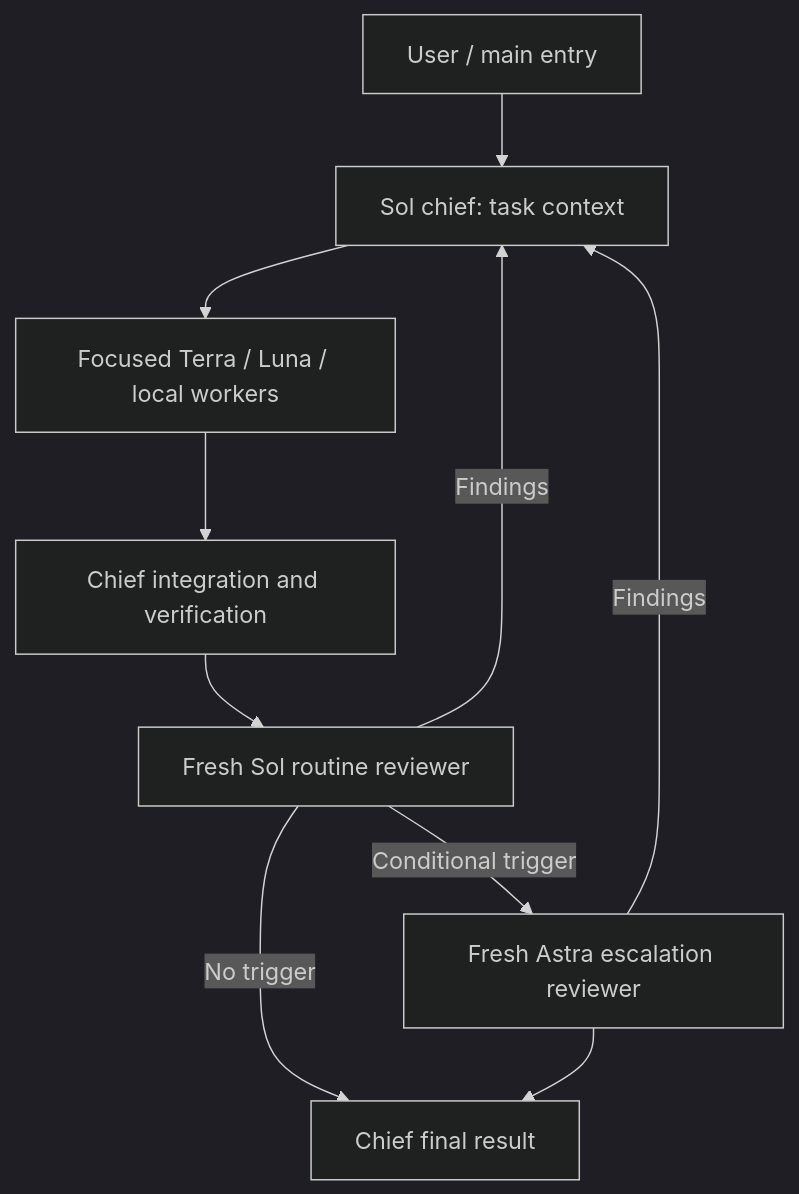
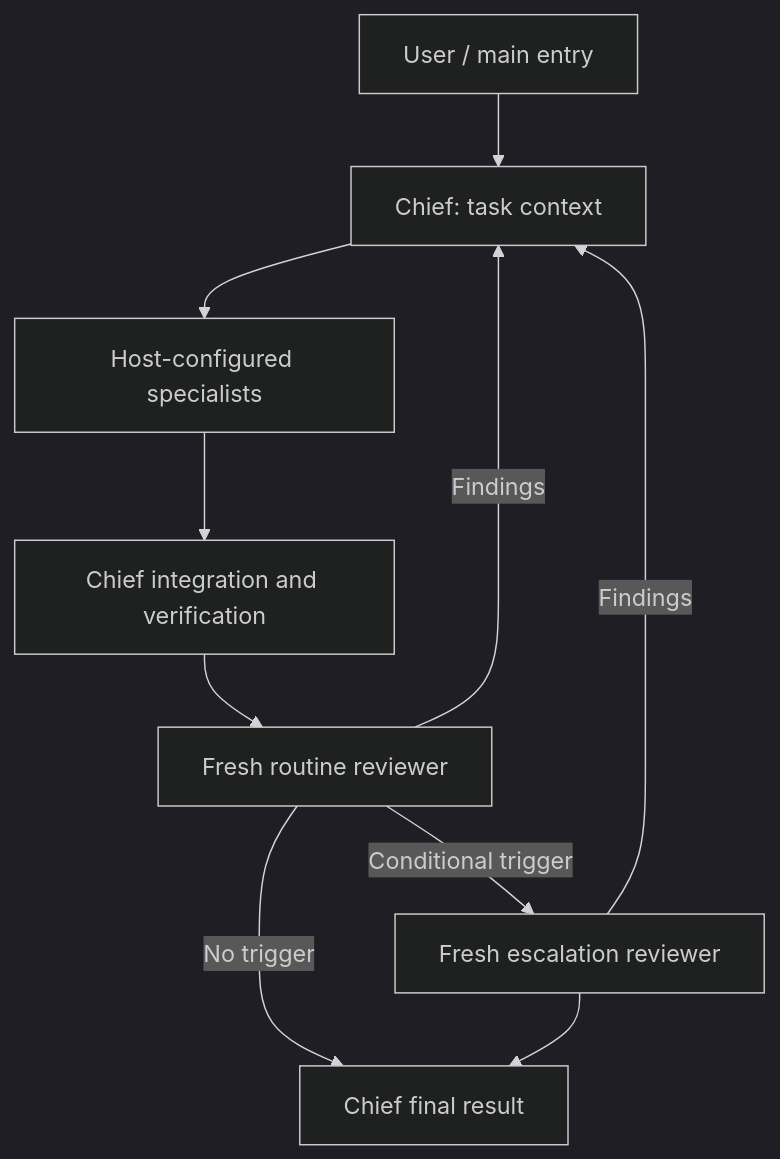
The diagram in README.md (Skraizor/agents), drawn with Mermaid (dark theme) before and after one commit. The commit also changed other lines of this file and 26 other files, not shown here.

````diff
--- a/README.md
+++ b/README.md
@@ -112,12 +121,12 @@
 ```mermaid
 flowchart TD
-    U[User / main entry] --> C[Sol chief: task context]
-    C --> W[Focused Terra / Luna / local workers]
+    U[User / main entry] --> C[Chief: task context]
+    C --> W[Host-configured specialists]
     W --> V[Chief integration and verification]
-    V --> R[Fresh Sol routine reviewer]
-    R -->|Conditional trigger| A[Fresh Astra escalation reviewer]
+    V --> R[Fresh routine reviewer]
+    R -->|Conditional trigger| A[Fresh escalation reviewer]
     R -->|Findings| C
     A -->|Findings| C
     R -->|No trigger| F[Chief final result]
     A --> F
 ```
````
